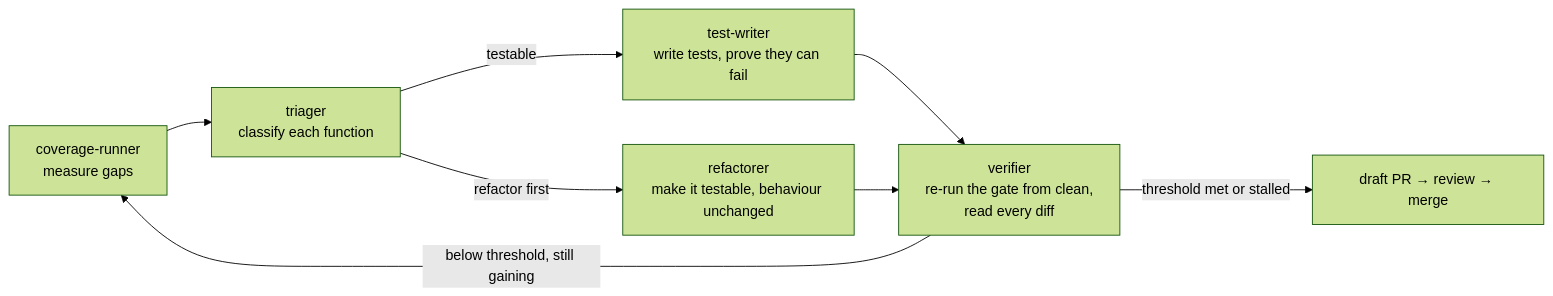
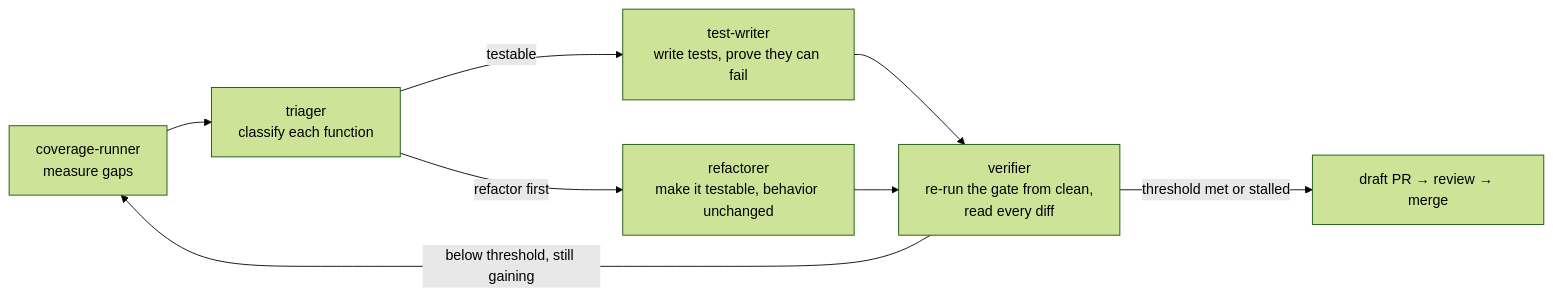
The diagram in README.md (fiazsami/screen-savers), drawn with Mermaid (forest theme) before and after one commit. The commit also changed other lines of this file, not shown here.

````diff
--- a/README.md
+++ b/README.md
@@ -18,10 +18,10 @@
 ```mermaid
 flowchart LR
     R[coverage-runner<br/>measure gaps] --> T[triager<br/>classify each function]
     T -->|testable| W[test-writer<br/>write tests, prove they can fail]
-    T -->|refactor first| F[refactorer<br/>make it testable, behaviour unchanged]
+    T -->|refactor first| F[refactorer<br/>make it testable, behavior unchanged]
     W --> V[verifier<br/>re-run the gate from clean,<br/>read every diff]
     F --> V
     V -->|below threshold, still gaining| R
     V -->|threshold met or stalled| D[draft PR → review → merge]
 ```
````
